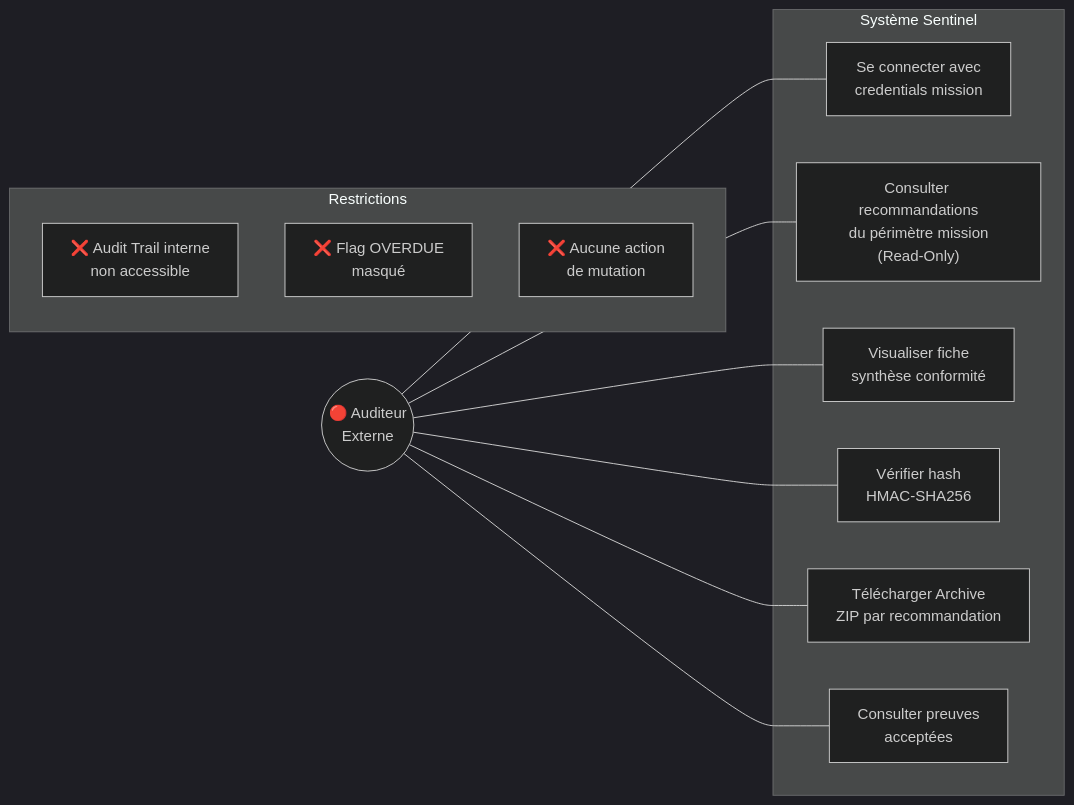
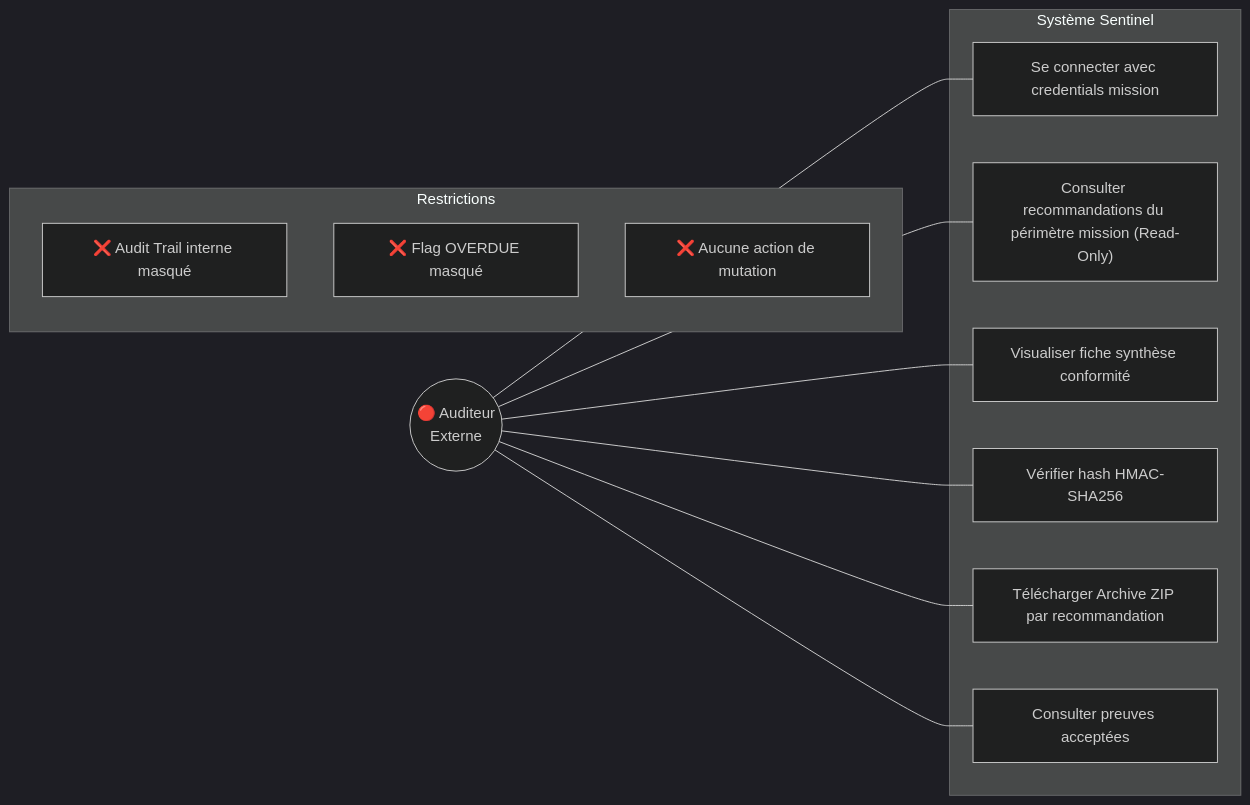
Before and after one commit to Tchendjou2003/bicec--Sentinel: diagram 18 of 26 in _bmad-output/planning-artifacts/system-diagrams.md, drawn with Mermaid (dark theme). The commit also changed other lines of this file, not shown here.

Commit message:
docs(bmad): mise à jour system-diagrams.md v2.0

````diff
--- a/_bmad-output/planning-artifacts/system-diagrams.md
+++ b/_bmad-output/planning-artifacts/system-diagrams.md
@@ -1160,26 +1221,26 @@
 ```mermaid
 flowchart LR
-    subgraph "Système Sentinel"
-        UC1["Se connecter avec\ncredentials mission"]
-        UC2["Consulter recommandations\ndu périmètre mission\n(Read-Only)"]
-        UC3["Visualiser fiche\nsynthèse conformité"]
-        UC4["Vérifier hash\nHMAC-SHA256"]
-        UC5["Télécharger Archive\nZIP par recommandation"]
-        UC6["Consulter preuves\nacceptées"]
-    end
+  subgraph "Système Sentinel"
+    UC1["Se connecter avec credentials mission"]
+    UC2["Consulter recommandations du périmètre mission (Read-Only)"]
+    UC3["Visualiser fiche synthèse conformité"]
+    UC4["Vérifier hash HMAC-SHA256"]
+    UC5["Télécharger Archive ZIP par recommandation"]
+    UC6["Consulter preuves acceptées"]
+  end
 
-    subgraph "Restrictions"
-        R1["❌ Audit Trail interne\nnon accessible"]
-        R2["❌ Flag OVERDUE\nmasqué"]
-        R3["❌ Aucune action\nde mutation"]
-    end
+  subgraph "Restrictions"
+    R1["❌ Audit Trail interne masqué"]
+    R2["❌ Flag OVERDUE masqué"]
+    R3["❌ Aucune action de mutation"]
+  end
 
-    EXT(("🔴 Auditeur\nExterne"))
+  EXT(("🔴 Auditeur\nExterne"))
 
-    EXT --- UC1
-    EXT --- UC2
-    EXT --- UC3
-    EXT --- UC4
-    EXT --- UC5
-    EXT --- UC6
+  EXT --- UC1
+  EXT --- UC2
+  EXT --- UC3
+  EXT --- UC4
+  EXT --- UC5
+  EXT --- UC6
 ```
````
